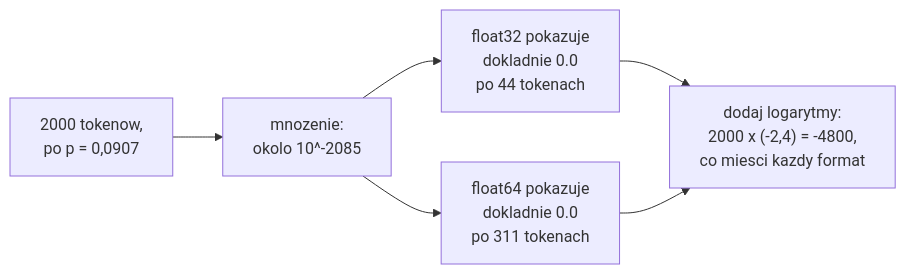
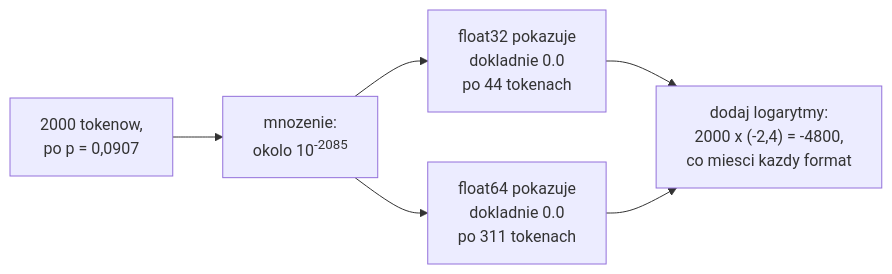
Before and after one commit to konradcinkusz/math-for-ai-engineers: the diagram in figures/mermaid/pl/f03-underflow.mmd, drawn with Mermaid. The commit also changed 24 other files, not shown here.

```diff
--- a/figures/mermaid/pl/f03-underflow.mmd
+++ b/figures/mermaid/pl/f03-underflow.mmd
@@ -1,7 +1,7 @@
 flowchart LR
   A["2000 tokenow,<br/>po p = 0,0907"]
-  A --> B["mnozenie:<br/>okolo 10^-2085"]
+  A --> B["mnozenie:<br/>okolo 10<sup>-2085</sup>"]
   B --> C1["float32 pokazuje<br/>dokladnie 0.0<br/>po 44 tokenach"]
   B --> C2["float64 pokazuje<br/>dokladnie 0.0<br/>po 311 tokenach"]
   C1 --> D["dodaj logarytmy:<br/>2000 x (-2,4) = -4800,<br/>co miesci kazdy format"]
   C2 --> D
```
